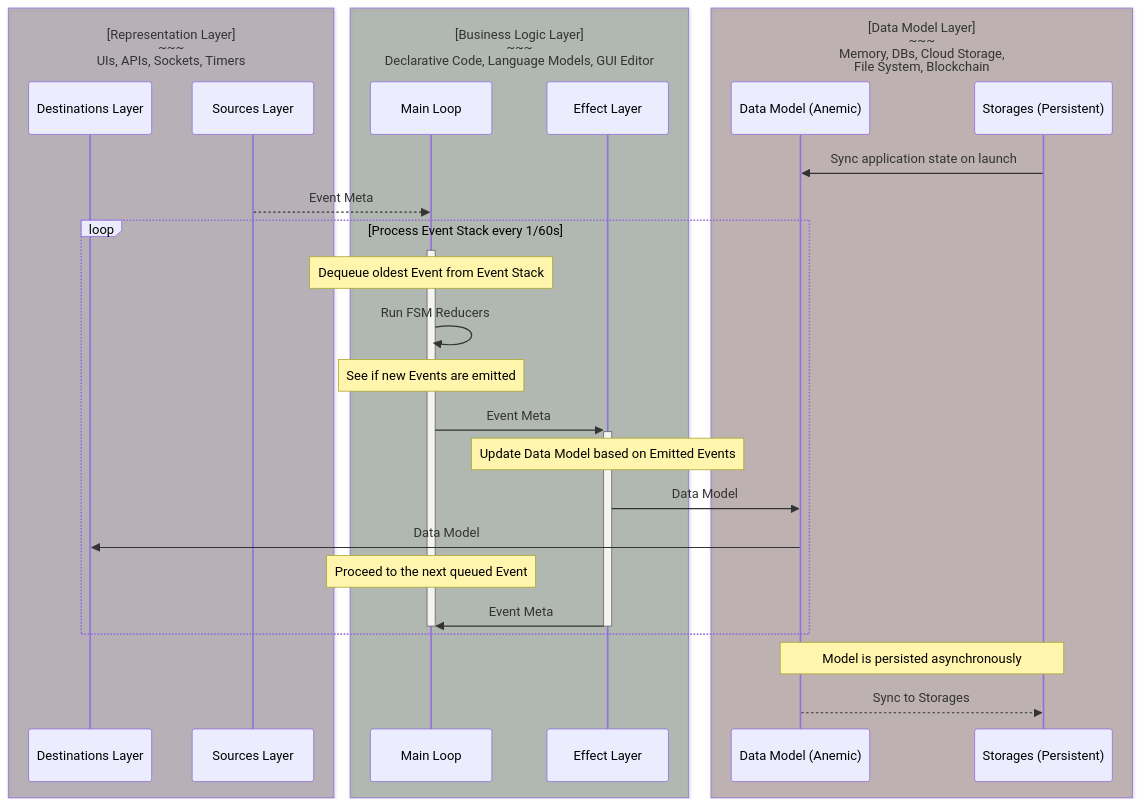
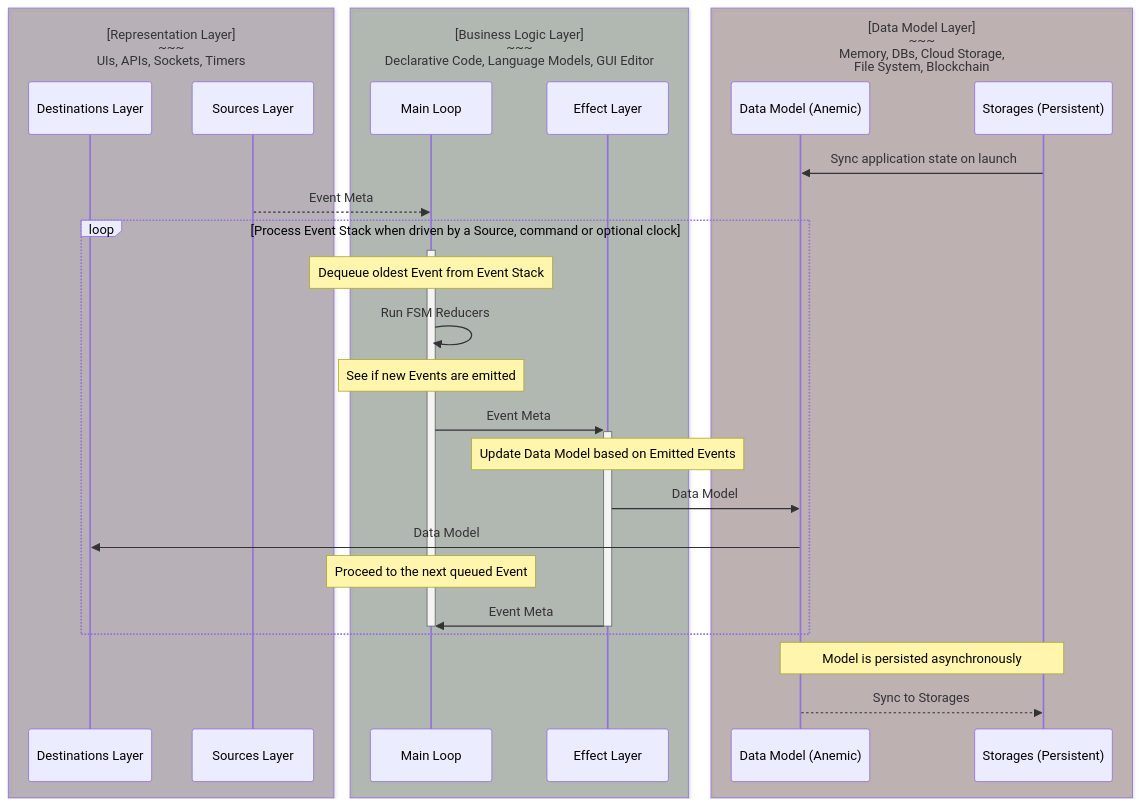
The fifth of 5 diagrams in docs/concepts/400_data_flow.md (tfcp68/yantrix), drawn with Mermaid before and after one commit. The commit also changed other lines of this file and 24 other files, not shown here.

````diff
--- a/docs/concepts/400_data_flow.md
+++ b/docs/concepts/400_data_flow.md
@@ -145,32 +148,32 @@
 ```mermaid
 sequenceDiagram
 	box rgba(25,0,25,0.25) [Representation Layer]<br/>~~~</br>UIs, APIs, Sockets, Timers
 		participant DST as Destinations Layer
 		participant SRC as Sources Layer
 	end
 	box rgba(0,25,0,0.25) [Business Logic Layer]<br/>~~~</br>Declarative Code, Language Models, GUI Editor
 		participant MT as Main Loop
 		participant EL as Effect Layer
 	end
 	box rgba(50,0,0,0.25) [Data Model Layer]<br/>~~~</br>Memory, DBs, Cloud Storage,<br/> File System, Blockchain
 		participant MDL as Data Model (Anemic)
 		participant DB as Storages (Persistent)
 	end
 	DB ->> MDL: Sync application state on launch
 	SRC -->> MT: Event Meta
-	loop Process Event Stack every 1/60s
+	loop Process Event Stack when driven by a Source, command or optional clock
 		activate MT
 		Note over MT: Dequeue oldest Event from Event Stack
 		MT ->> MT: Run FSM Reducers
 		Note over MT: See if new Events are emitted
 		MT ->>+ EL: Event Meta
 		note over EL: Update Data Model based on Emitted Events
 		EL ->> MDL: Data Model
 		MDL ->> DST: Data Model
 		note over MT: Proceed to the next queued Event
 		EL ->>- MT: Event Meta
 		deactivate MT
 	end
 	Note over MDL, DB: Model is persisted asynchronously
 	MDL -->> DB: Sync to Storages
 ```
````
